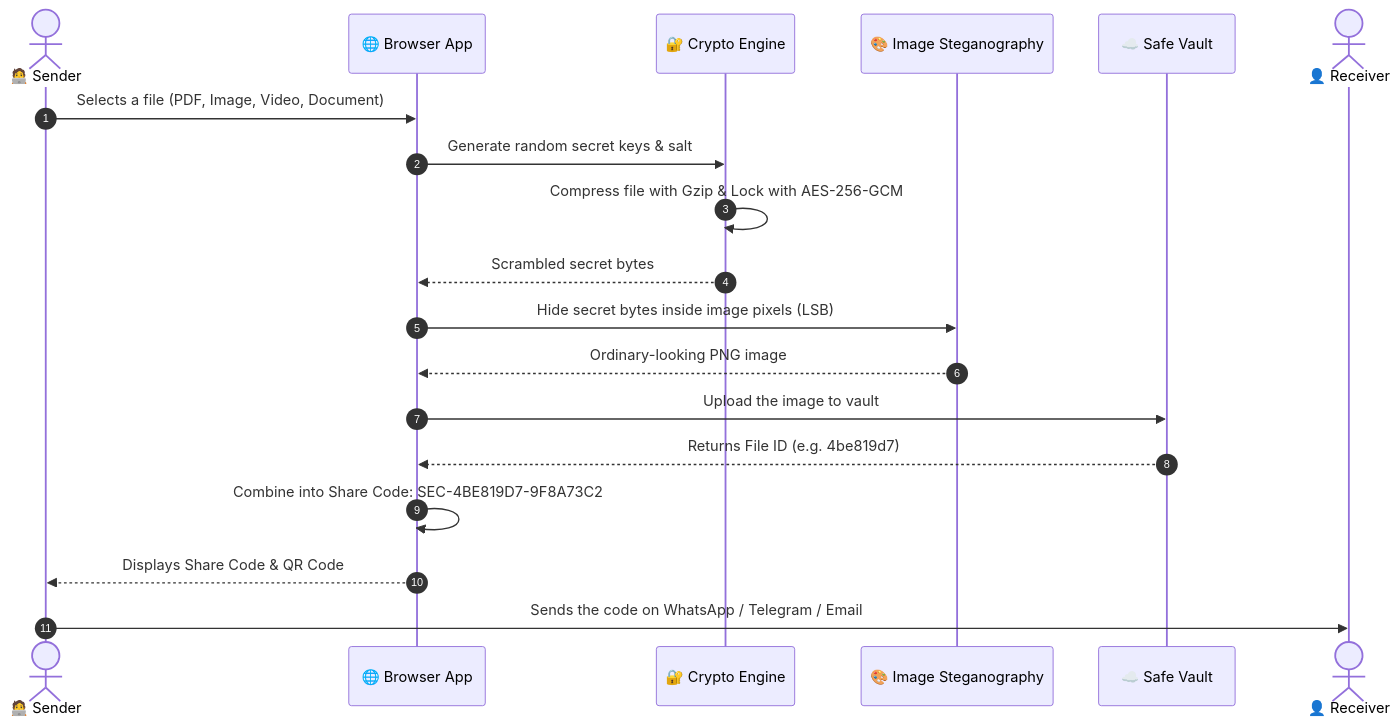
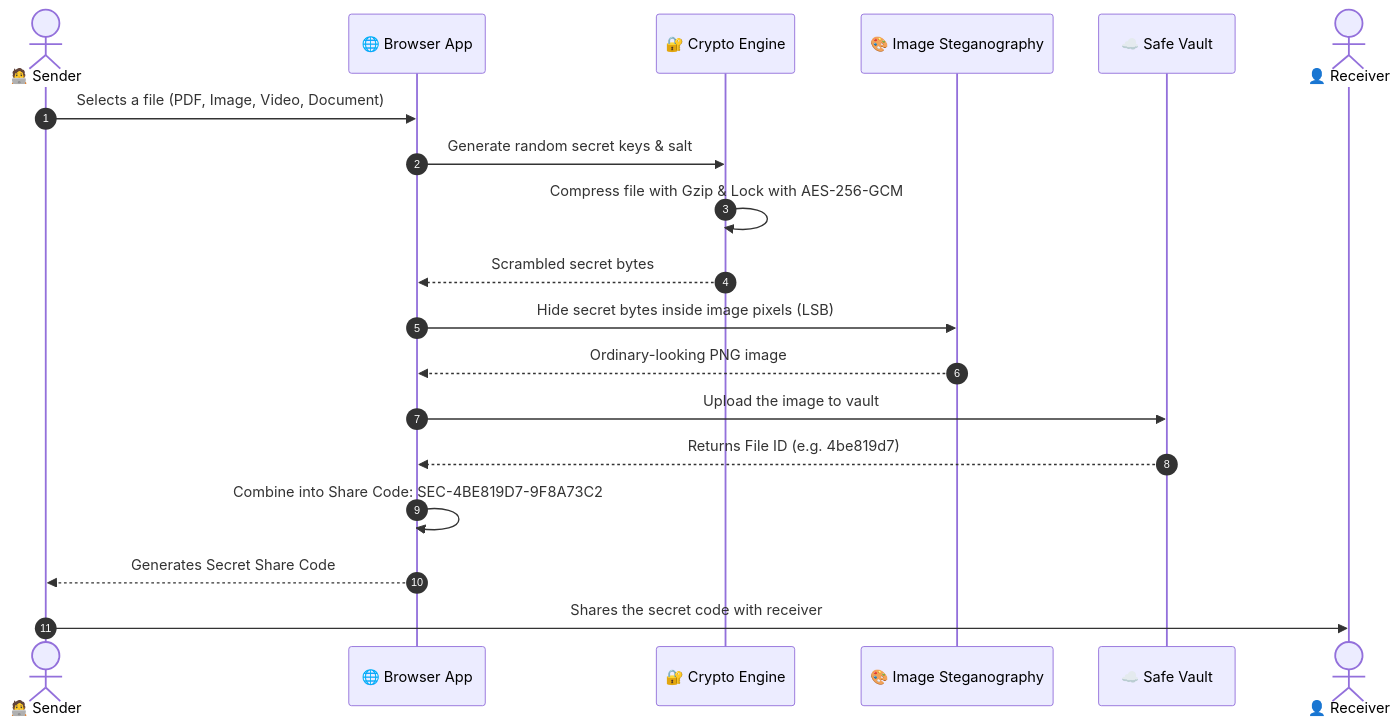
One commit to sujalkathait93-lab/filesender changed the second of 4 diagrams in README.md. Above: the diagram before and after it, drawn with Mermaid. The commit also changed other lines of this file, not shown here.

Commit message:
Clean up diagrams to emphasize direct secret code transfer

````diff
--- a/README.md
+++ b/README.md
@@ -83,22 +83,22 @@
 ```mermaid
 sequenceDiagram
     autonumber
     actor Sender as 🧑‍💻 Sender
     participant Browser as 🌐 Browser App
     participant Lock as 🔐 Crypto Engine
     participant Painter as 🎨 Image Steganography
     participant Server as ☁️ Safe Vault
     actor Receiver as 👤 Receiver
 
     Sender->>Browser: Selects a file (PDF, Image, Video, Document)
     Browser->>Lock: Generate random secret keys & salt
     Lock->>Lock: Compress file with Gzip & Lock with AES-256-GCM
     Lock-->>Browser: Scrambled secret bytes
     Browser->>Painter: Hide secret bytes inside image pixels (LSB)
     Painter-->>Browser: Ordinary-looking PNG image
     Browser->>Server: Upload the image to vault
     Server-->>Browser: Returns File ID (e.g. 4be819d7)
     Browser->>Browser: Combine into Share Code: SEC-4BE819D7-9F8A73C2
-    Browser-->>Sender: Displays Share Code & QR Code
-    Sender->>Receiver: Sends the code on WhatsApp / Telegram / Email
+    Browser-->>Sender: Generates Secret Share Code
+    Sender->>Receiver: Shares the secret code with receiver
 ```
````
